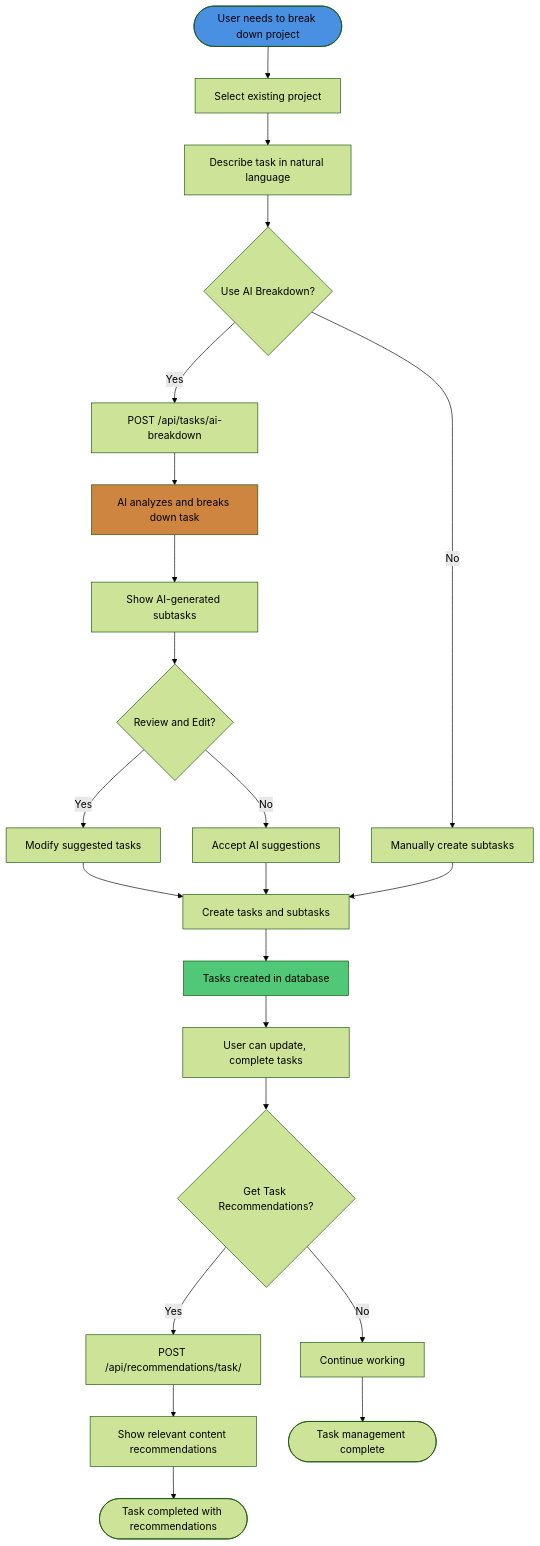
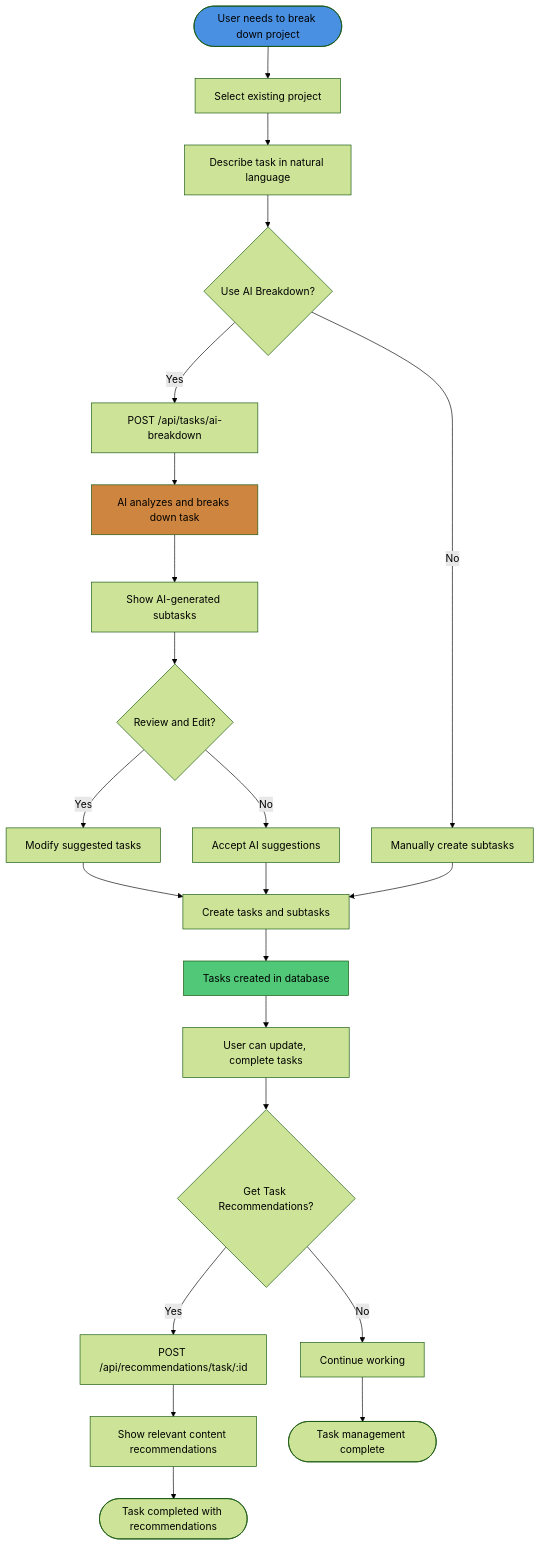
Before and after one commit to Ujjwaljain16/Fuze: the tenth of 12 diagrams in docs/USERFLOW.md, drawn with Mermaid (forest theme). The commit also changed other lines of this file and 12 other files, not shown here.

Commit message:
docs: rewrite architecture, optimizations and user flows to match the code; replace the finished intent-engine plan with a recommendations guide and one decision record

````diff
--- a/docs/USERFLOW.md
+++ b/docs/USERFLOW.md
@@ -464,38 +462,38 @@
 ```mermaid
 flowchart TD
     Start([User needs to break down project]) --> ChooseProject[Select existing project]
 
     ChooseProject --> DescribeTask[Describe task in natural language]
     DescribeTask --> UseAIBreakdown{Use AI Breakdown?}
 
     UseAIBreakdown -->|Yes| SubmitToAI[POST /api/tasks/ai-breakdown]
     UseAIBreakdown -->|No| ManualBreakdown[Manually create subtasks]
 
     SubmitToAI --> AIProcessing[AI analyzes and breaks down task]
     AIProcessing --> ShowSuggestions[Show AI-generated subtasks]
     ShowSuggestions --> ReviewEdit{Review and Edit?}
 
     ReviewEdit -->|Yes| ModifyTasks[Modify suggested tasks]
     ReviewEdit -->|No| AcceptTasks[Accept AI suggestions]
 
     ModifyTasks --> CreateTasks[Create tasks and subtasks]
     AcceptTasks --> CreateTasks
 
     ManualBreakdown --> CreateTasks
 
     CreateTasks --> TaskCreated[Tasks created in database]
     TaskCreated --> ManageTasks[User can update, complete tasks]
     ManageTasks --> GetRecommendations{Get Task Recommendations?}
 
-    GetRecommendations -->|Yes| TaskRecs[POST /api/recommendations/task/<id>]
+    GetRecommendations -->|Yes| TaskRecs[POST /api/recommendations/task/:id]
     GetRecommendations -->|No| ContinueWork[Continue working]
 
     TaskRecs --> ShowTaskRecs[Show relevant content recommendations]
     ShowTaskRecs --> End1([Task completed with recommendations])
 
     ContinueWork --> End2([Task management complete])
 
     style Start fill:#4a90e2
     style TaskCreated fill:#50c878
     style AIProcessing fill:#cd853f
 ```
````
